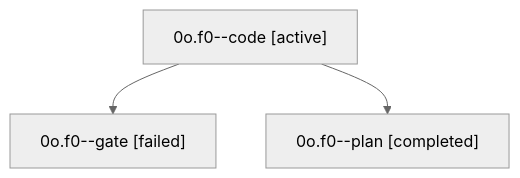
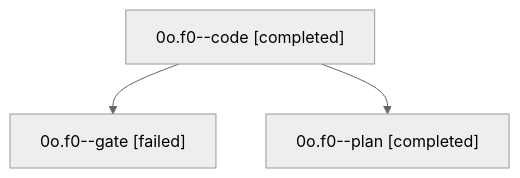
The diagram in sessions/bbugyi200.apollo.0o.f0.md (sase-org/sase--agents), drawn with Mermaid (neutral theme) before and after one commit. The commit also changed other lines of this file and 53 other files, not shown here.

````diff
--- a/sessions/bbugyi200.apollo.0o.f0.md
+++ b/sessions/bbugyi200.apollo.0o.f0.md
@@ -9,8 +9,8 @@
 ```mermaid
 flowchart TD
-  n0["0o.f0--code [active]"]
+  n0["0o.f0--code [completed]"]
   n1["0o.f0--gate [failed]"]
   n0 --> n1
   n2["0o.f0--plan [completed]"]
   n0 --> n2
 ```
````
